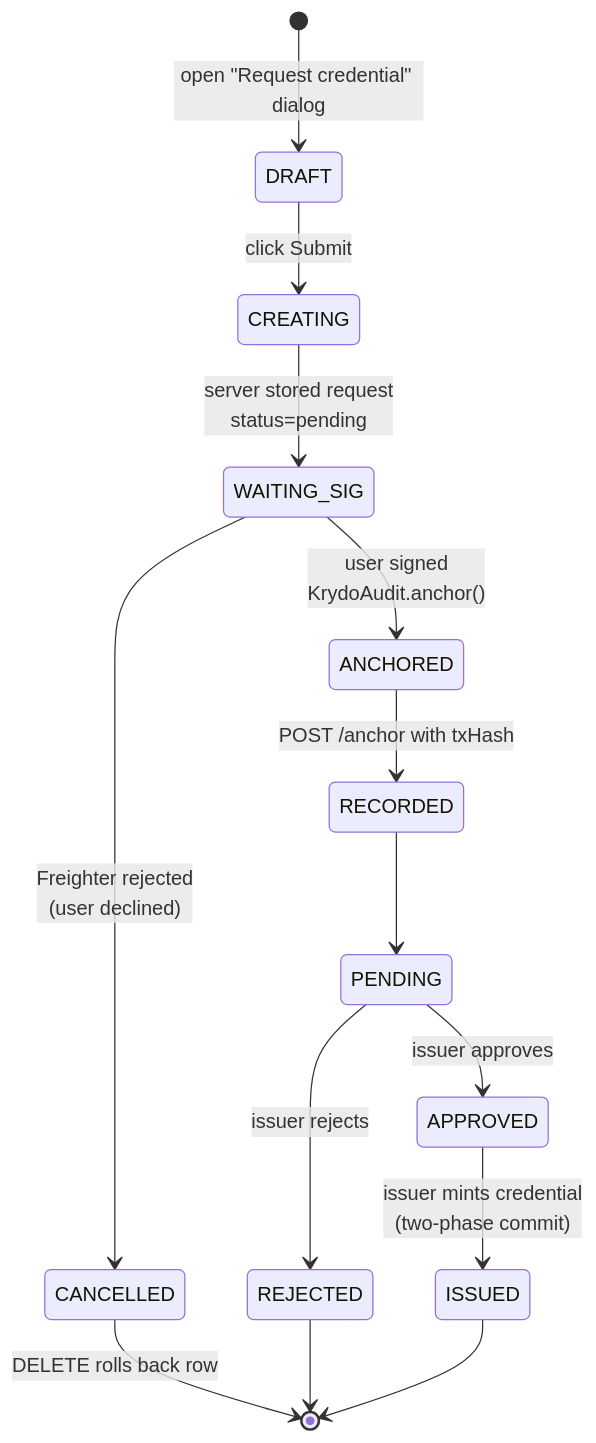
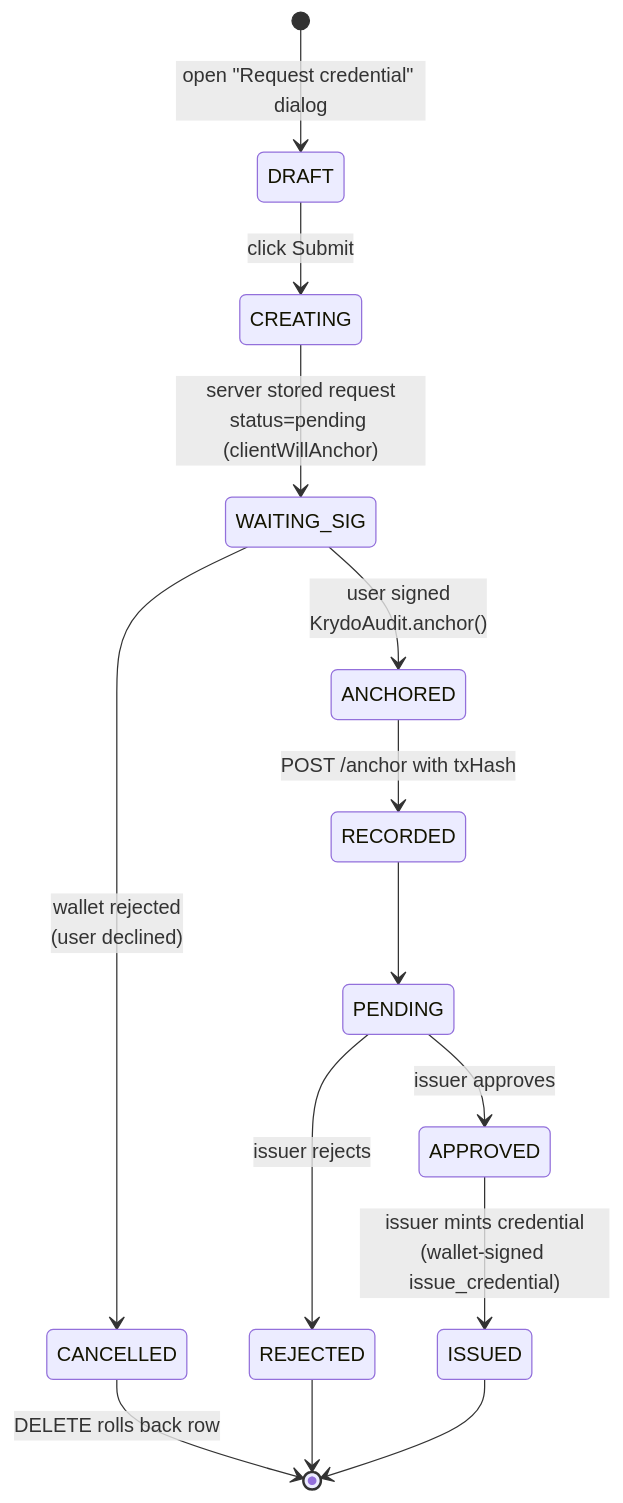
Before and after one commit to nishant-uxs/krydo-stellar: the eighth of 26 diagrams in DOCUMENTATION.md, drawn with Mermaid. The commit also changed other lines of this file and 2 other files, not shown here.

Commit message:
Align README and docs with wallet-signed Soroban flows.

````diff
--- a/DOCUMENTATION.md
+++ b/DOCUMENTATION.md
@@ -300,16 +310,16 @@
 ```mermaid
 stateDiagram-v2
     [*] --> DRAFT: open "Request credential" dialog
     DRAFT --> CREATING: click Submit
-    CREATING --> WAITING_SIG: server stored request<br/>status=pending
-    WAITING_SIG --> CANCELLED: Freighter rejected<br/>(user declined)
+    CREATING --> WAITING_SIG: server stored request<br/>status=pending (clientWillAnchor)
+    WAITING_SIG --> CANCELLED: wallet rejected<br/>(user declined)
     CANCELLED --> [*]: DELETE rolls back row
     WAITING_SIG --> ANCHORED: user signed<br/>KrydoAudit.anchor()
     ANCHORED --> RECORDED: POST /anchor with txHash
     RECORDED --> PENDING
     PENDING --> APPROVED: issuer approves
     PENDING --> REJECTED: issuer rejects
-    APPROVED --> ISSUED: issuer mints credential<br/>(two-phase commit)
+    APPROVED --> ISSUED: issuer mints credential<br/>(wallet-signed issue_credential)
     REJECTED --> [*]
     ISSUED --> [*]
 ```
````
